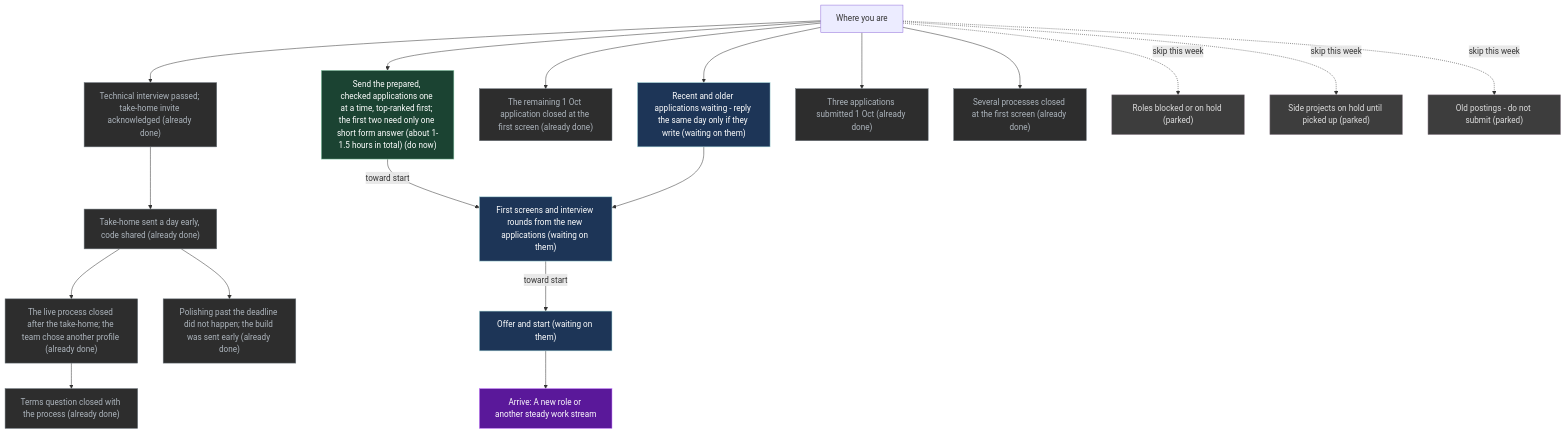
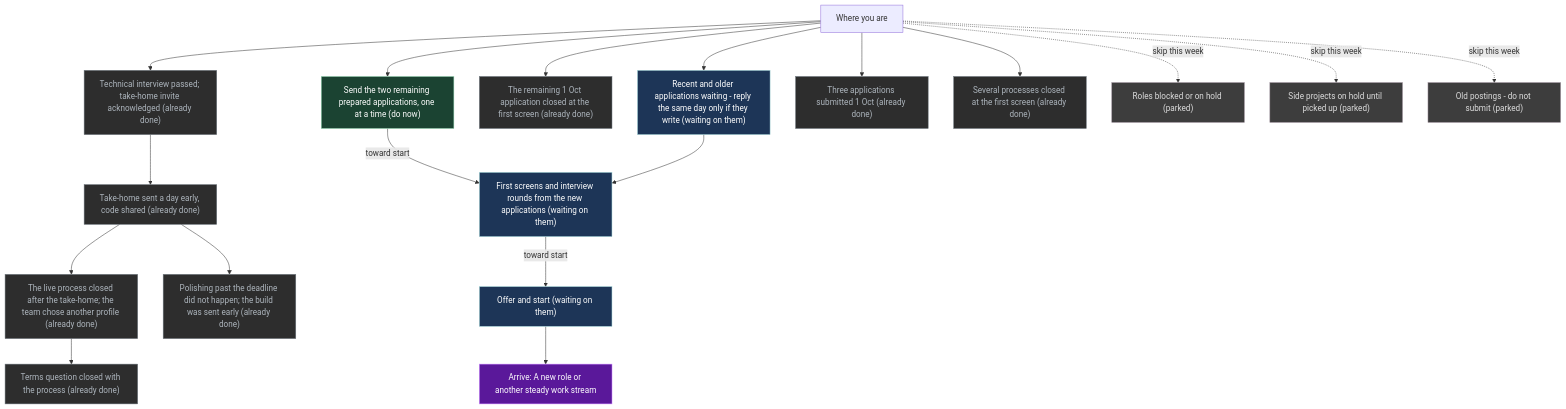
Before and after one commit to p10ns11y/life-os: the diagram in UI/Mission.md, drawn with Mermaid. The commit also changed other lines of this file, not shown here.

````diff
--- a/UI/Mission.md
+++ b/UI/Mission.md
@@ -70,47 +69,47 @@
 ```mermaid
 flowchart TB
   x["Where you are"]
   G["Arrive: A new role or another steady work stream"]
   S0["Technical interview passed; take-home invite acknowledged (already done)"]
   S4["Take-home sent a day early, code shared (already done)"]
   S4b["The live process closed after the take-home; the team chose another profile (already done)"]
-  S7["Send the prepared, checked applications one at a time, top-ranked first; the first two need only one short form answer (about 1-1.5 hours in total) (do now)"]
+  S7["Send the two remaining prepared applications, one at a time (do now)"]
   S8["First screens and interview rounds from the new applications (waiting on them)"]
   S5["Offer and start (waiting on them)"]
   S6["The remaining 1 Oct application closed at the first screen (already done)"]
   S1["Recent and older applications waiting - reply the same day only if they write (waiting on them)"]
   R1["Terms question closed with the process (already done)"]
   R2["Polishing past the deadline did not happen; the build was sent early (already done)"]
   S3["Three applications submitted 1 Oct (already done)"]
   D1["Several processes closed at the first screen (already done)"]
   P1["Roles blocked or on hold (parked)"]
   P2["Side projects on hold until picked up (parked)"]
   P3["Old postings - do not submit (parked)"]
   x --> S0
   S0 --> S4
   S4 --> S4b
   x --> S7
   S7 -->|"toward start"| S8
   S1 --> S8
   S8 -->|"toward start"| S5
   x --> S6
   x --> S1
   S4b --> R1
   S4 --> R2
   x --> S3
   x --> D1
   x -.->|"skip this week"| P1
   x -.->|"skip this week"| P2
   x -.->|"skip this week"| P3
   S5 --> G
   classDef do fill:#1b4332,stroke:#95d5b2,color:#fff
   classDef wait fill:#1d3557,stroke:#a8dadc,color:#fff
   classDef park fill:#3d3d3d,stroke:#9a8c98,color:#ddd
   classDef done fill:#2d2d2d,stroke:#6c757d,color:#adb5bd
   classDef goal fill:#5a189a,stroke:#c77dff,color:#fff
   class G goal
   class S7 do
   class S8,S5,S1 wait
   class P1,P2,P3 park
   class S0,S4,S4b,S6,R1,R2,S3,D1 done
 ```
````
